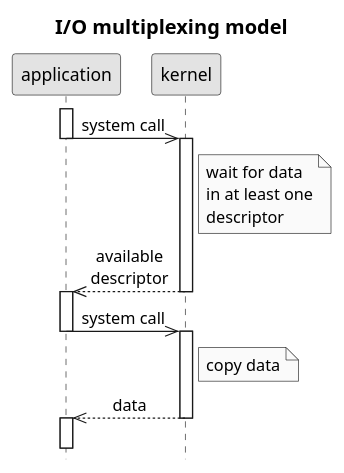
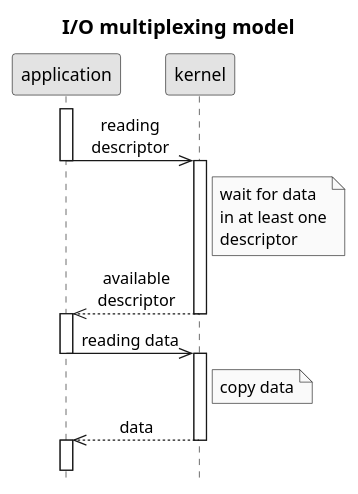
Before and after one commit to c0p4c4b4n4/demo-sockets-io-nio-nio2: the diagram in .images/IO multiplexing model.puml, drawn with PlantUML. The commit also changed 4 other files, not shown here.

```diff
--- a/.images/IO multiplexing model.puml
+++ b/.images/IO multiplexing model.puml
@@ -1,24 +1,24 @@
 @startuml
 title I/O multiplexing model
 hide footbox
 skinparam monochrome true
 skinparam defaultFontName Arial
 skinparam titleFontSize 16
 skinparam sequenceMessageAlign center
 activate application
-application->>kernel: system call
+application->>kernel: reading\ndescriptor
 deactivate application
 activate kernel
 Note right of kernel: wait for data\nin at least one\ndescriptor
 kernel-->>application: available\ndescriptor
 deactivate kernel
 activate application
-application->>kernel: system call
+application->>kernel: reading data
 deactivate application
 activate kernel
 Note right of kernel: copy data
 kernel-->>application: data
 deactivate kernel
 activate application
 ||15||
 @enduml
```
